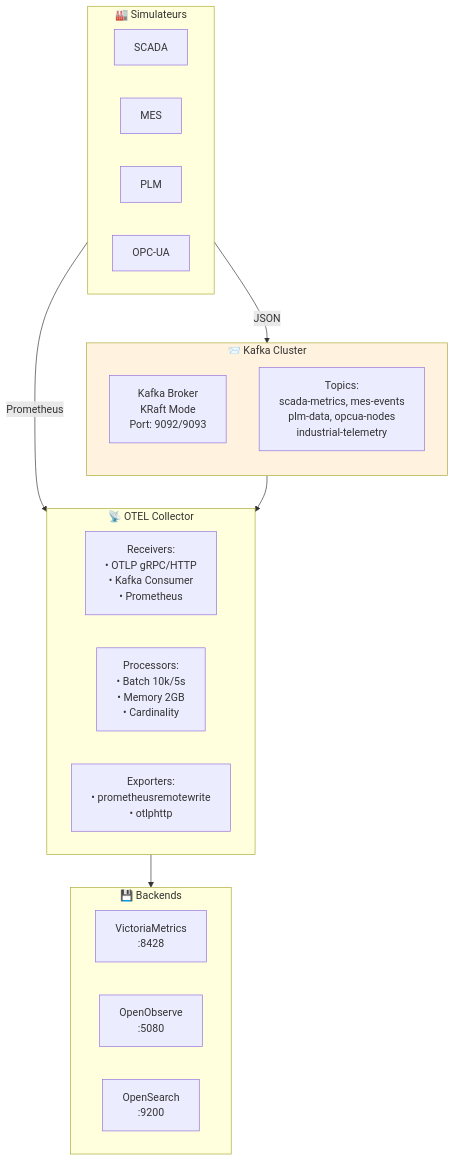
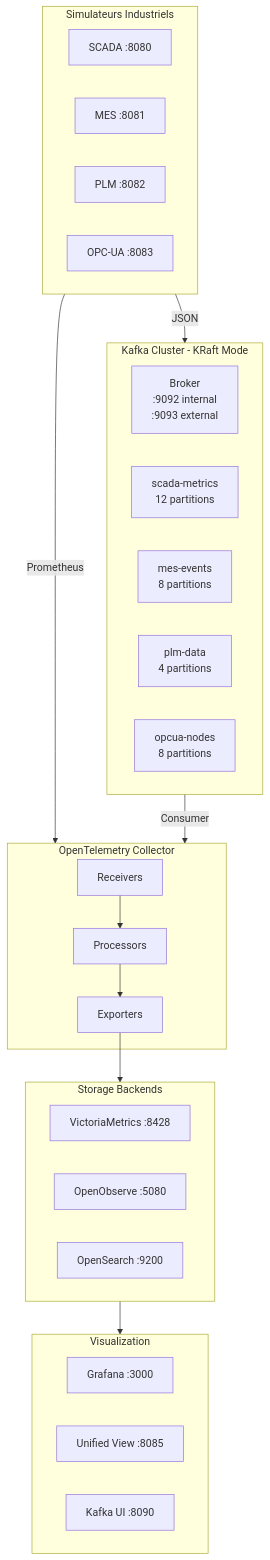
Before and after one commit to E4Itraining/OOVMTEL: the second of 5 diagrams in docs/ARCHITECTURE.md, drawn with Mermaid. The commit also changed other lines of this file, not shown here.

First line of the commit message:
docs: complete architecture documentation with detailed diagrams

````diff
--- a/docs/ARCHITECTURE.md
+++ b/docs/ARCHITECTURE.md
@@ -110,34 +248,42 @@
 ```mermaid
 flowchart TB
-    subgraph SIMULATORS["🏭 Simulateurs"]
-        S1["SCADA"]
-        S2["MES"]
-        S3["PLM"]
-        S4["OPC-UA"]
+    subgraph SIMS["Simulateurs Industriels"]
+        S1["SCADA :8080"]
+        S2["MES :8081"]
+        S3["PLM :8082"]
+        S4["OPC-UA :8083"]
     end
 
-    subgraph KAFKA["📨 Kafka Cluster"]
-        direction TB
-        BROKER["Kafka Broker<br/>KRaft Mode<br/>Port: 9092/9093"]
-        TOPICS["Topics:<br/>scada-metrics, mes-events<br/>plm-data, opcua-nodes<br/>industrial-telemetry"]
+    subgraph KAFKA["Kafka Cluster - KRaft Mode"]
+        BROKER["Broker<br/>:9092 internal<br/>:9093 external"]
+        T1["scada-metrics<br/>12 partitions"]
+        T2["mes-events<br/>8 partitions"]
+        T3["plm-data<br/>4 partitions"]
+        T4["opcua-nodes<br/>8 partitions"]
     end
 
-    subgraph OTEL["📡 OTEL Collector"]
-        RX["Receivers:<br/>• OTLP gRPC/HTTP<br/>• Kafka Consumer<br/>• Prometheus"]
-        PX["Processors:<br/>• Batch 10k/5s<br/>• Memory 2GB<br/>• Cardinality"]
-        TX["Exporters:<br/>• prometheusremotewrite<br/>• otlphttp"]
+    subgraph OTEL["OpenTelemetry Collector"]
+        RX["Receivers"]
+        PX["Processors"]
+        EX["Exporters"]
     end
 
-    subgraph BACKENDS["💾 Backends"]
-        VM["VictoriaMetrics<br/>:8428"]
-        OO["OpenObserve<br/>:5080"]
-        OS["OpenSearch<br/>:9200"]
+    subgraph STORE["Storage Backends"]
+        VM["VictoriaMetrics :8428"]
+        OO["OpenObserve :5080"]
+        OS["OpenSearch :9200"]
     end
 
-    SIMULATORS --> |Prometheus| OTEL
-    SIMULATORS --> |JSON| KAFKA
-    KAFKA --> OTEL
-    OTEL --> BACKENDS
+    subgraph VIZ["Visualization"]
+        G["Grafana :3000"]
+        U["Unified View :8085"]
+        K["Kafka UI :8090"]
+    end
 
-    style KAFKA fill:#fff3e0
+    SIMS --> |JSON| KAFKA
+    SIMS --> |Prometheus| OTEL
+    KAFKA --> |Consumer| OTEL
+    RX --> PX --> EX
+    EX --> STORE
+    STORE --> VIZ
 ```
````
